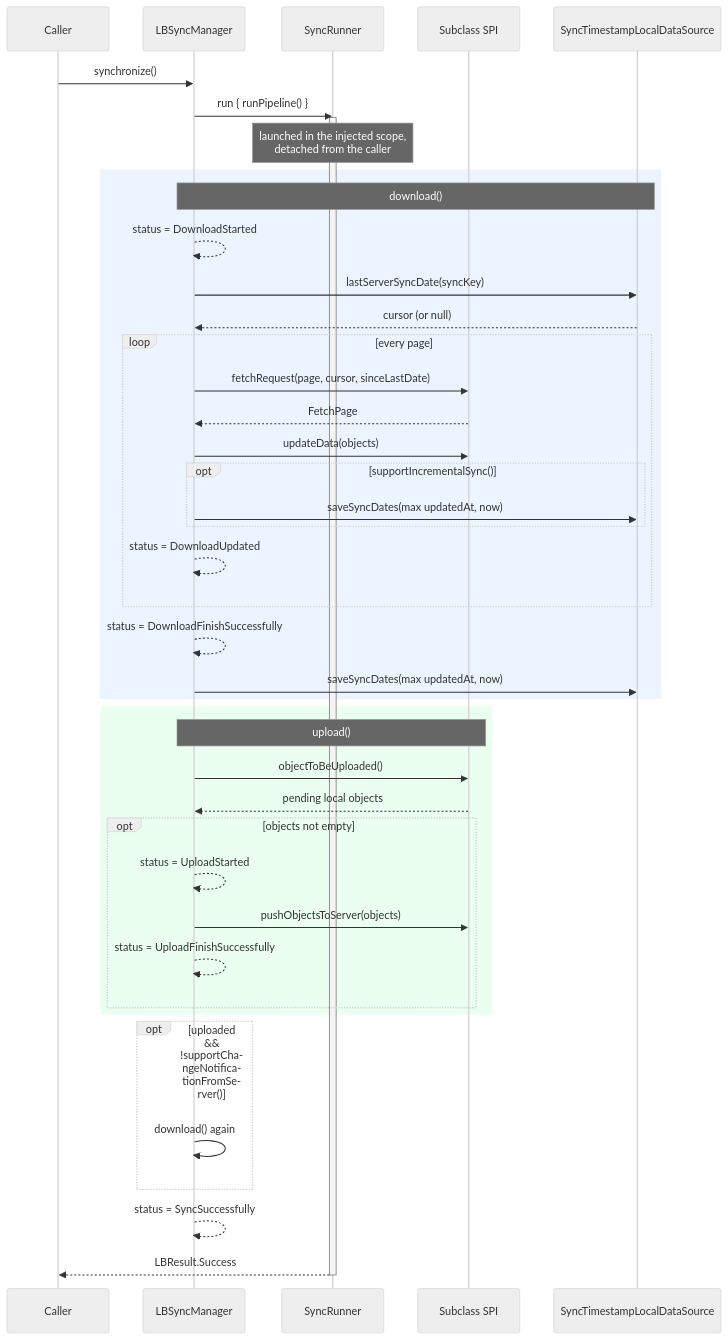
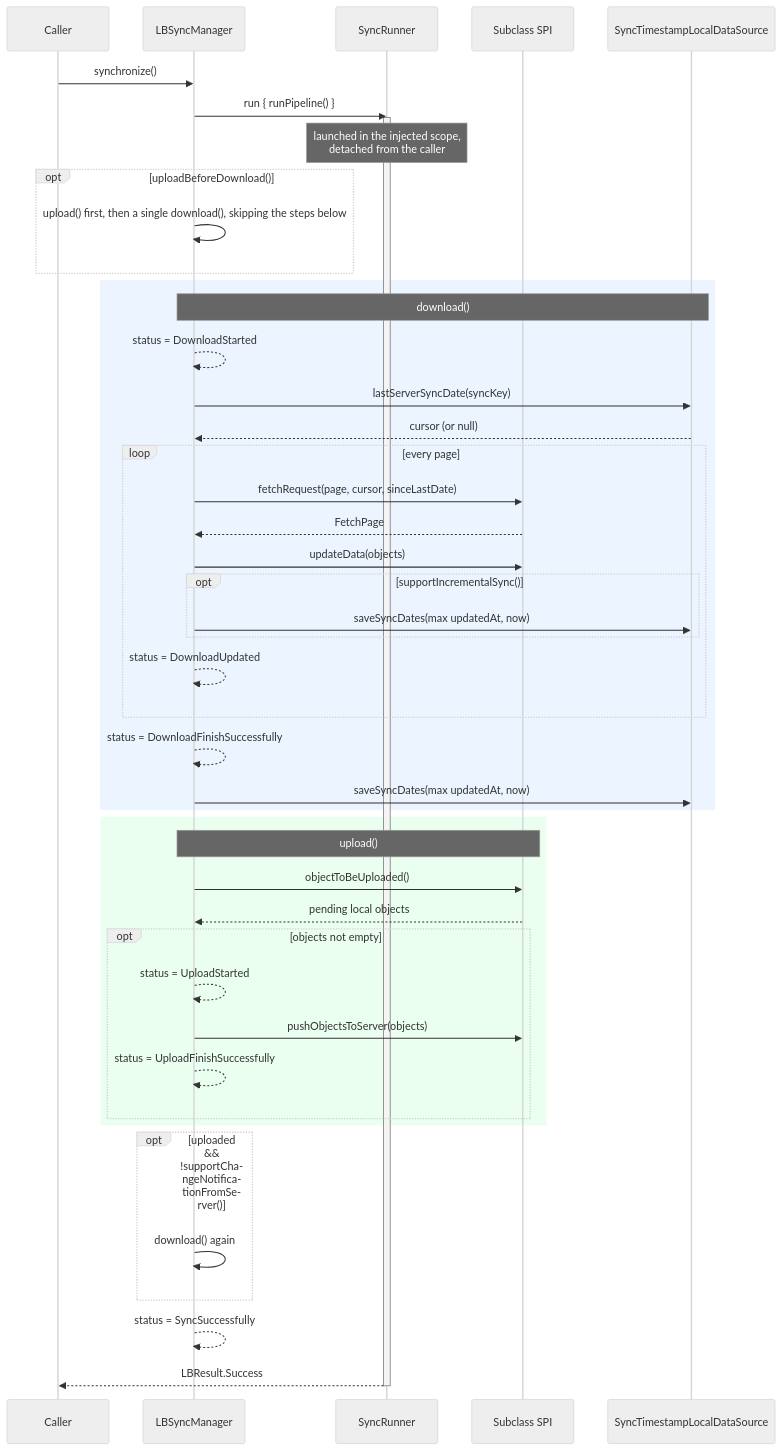
The second of 6 diagrams in common/synchronization/synchronization-core/README.md (LunabeeStudio/LBAndroid), drawn with Mermaid (neutral theme) before and after one commit. The commit also changed other lines of this file and 35 other files, not shown here.

````diff
--- a/common/synchronization/synchronization-core/README.md
+++ b/common/synchronization/synchronization-core/README.md
@@ -69,50 +89,54 @@
 ```mermaid
 sequenceDiagram
     participant Caller
     participant M as LBSyncManager
     participant R as SyncRunner
     participant Sub as Subclass SPI
     participant Store as SyncTimestampLocalDataSource
 
     Caller->>M: synchronize()
     M->>R: run { runPipeline() }
     activate R
     Note over R: launched in the injected scope,<br/>detached from the caller
+
+    opt uploadBeforeDownload()
+        M->>M: upload() first, then a single download(), skipping the steps below
+    end
 
     rect rgb(235, 244, 255)
         Note over M,Store: download()
         M-->>M: status = DownloadStarted
         M->>Store: lastServerSyncDate(syncKey)
         Store-->>M: cursor (or null)
         loop every page
             M->>Sub: fetchRequest(page, cursor, sinceLastDate)
             Sub-->>M: FetchPage
             M->>Sub: updateData(objects)
             opt supportIncrementalSync()
                 M->>Store: saveSyncDates(max updatedAt, now)
             end
             M-->>M: status = DownloadUpdated
         end
         M-->>M: status = DownloadFinishSuccessfully
         M->>Store: saveSyncDates(max updatedAt, now)
     end
 
     rect rgb(235, 255, 240)
         Note over M,Sub: upload()
         M->>Sub: objectToBeUploaded()
         Sub-->>M: pending local objects
         opt objects not empty
             M-->>M: status = UploadStarted
             M->>Sub: pushObjectsToServer(objects)
             M-->>M: status = UploadFinishSuccessfully
         end
     end
 
     opt uploaded && !supportChangeNotificationFromServer()
         M->>M: download() again
     end
 
     M-->>M: status = SyncSuccessfully
     R-->>Caller: LBResult.Success
     deactivate R
 ```
````
